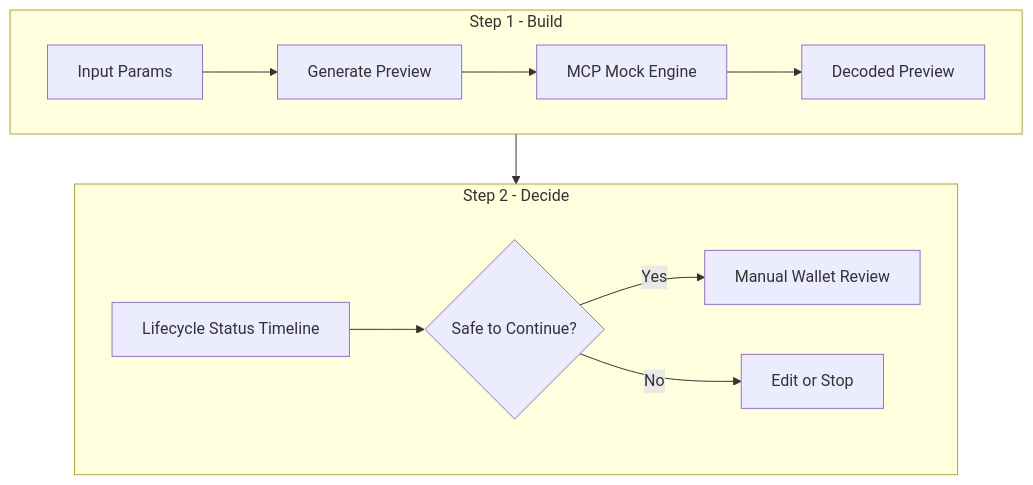
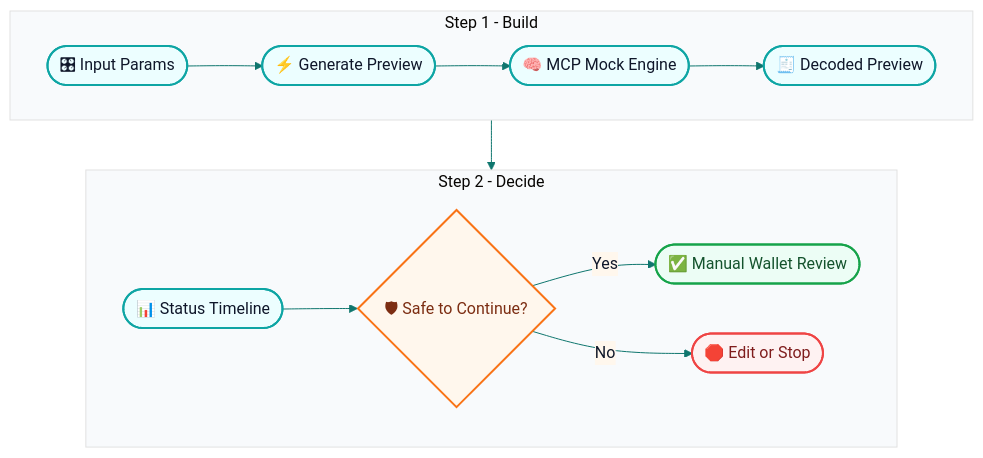
One commit to sunshineluyao/Moss-Mcp-Transaction changed the first of 8 diagrams in README.md. Above: the diagram before and after it, drawn with Mermaid. The commit also changed other lines of this file, not shown here.

Commit message:
docs: apply cohesive visual theme to all mermaid diagrams

````diff
--- a/README.md
+++ b/README.md
@@ -119,18 +151,29 @@
 ```mermaid
+%%{init: {'theme':'base','themeVariables': {'fontFamily':'Trebuchet MS, Segoe UI, sans-serif','primaryColor':'#ecfeff','primaryBorderColor':'#0ea5a4','primaryTextColor':'#0f172a','lineColor':'#0f766e','secondaryColor':'#fff7ed','tertiaryColor':'#f8fafc'}}}%%
 flowchart TB
   subgraph R1[Step 1 - Build]
     direction LR
-    A[Input Params] --> B[Generate Preview]
-    B --> C[MCP Mock Engine]
-    C --> D[Decoded Preview]
+    A([🎛 Input Params]) --> B([⚡ Generate Preview])
+    B --> C([🧠 MCP Mock Engine])
+    C --> D([🧾 Decoded Preview])
   end
 
   subgraph R2[Step 2 - Decide]
     direction LR
-    E[Lifecycle Status Timeline] --> F{Safe to Continue?}
-    F -->|Yes| G[Manual Wallet Review]
-    F -->|No| H[Edit or Stop]
+    E([📊 Status Timeline]) --> F{🛡 Safe to Continue?}
+    F -->|Yes| G([✅ Manual Wallet Review])
+    F -->|No| H([🛑 Edit or Stop])
   end
 
   D --> E
+
+  classDef main fill:#ecfeff,stroke:#0ea5a4,stroke-width:2px,color:#0f172a;
+  classDef decision fill:#fff7ed,stroke:#f97316,stroke-width:2px,color:#7c2d12;
+  classDef success fill:#ecfdf5,stroke:#16a34a,stroke-width:2px,color:#14532d;
+  classDef stop fill:#fef2f2,stroke:#ef4444,stroke-width:2px,color:#7f1d1d;
+
+  class A,B,C,D,E main;
+  class F decision;
+  class G success;
+  class H stop;
 ```
````
